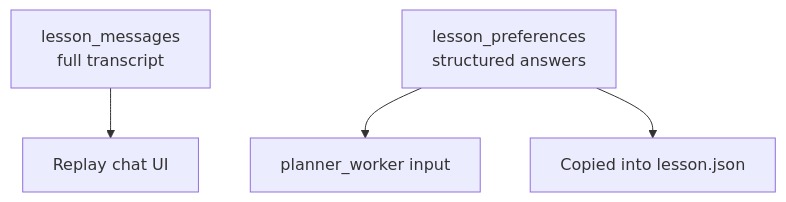
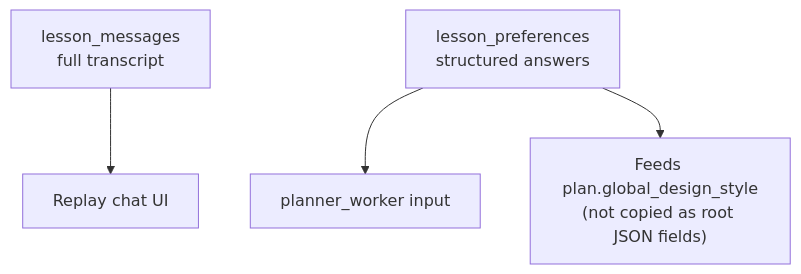
Before and after one commit to BasselSallam2/teacher-mock: the third of 5 diagrams in docs/architecture/04-database.md, drawn with Mermaid. The commit also changed other lines of this file and 13 other files, not shown here.

````diff
--- a/docs/architecture/04-database.md
+++ b/docs/architecture/04-database.md
@@ -188,6 +185,6 @@
 ```mermaid
 flowchart TB
   Messages["lesson_messages\nfull transcript"] --> ChatUX["Replay chat UI"]
   Prefs["lesson_preferences\nstructured answers"] --> Planner["planner_worker input"]
-  Prefs --> LessonJSON["Copied into lesson.json"]
+  Prefs --> Design["Feeds plan.global_design_style\n(not copied as root JSON fields)"]
 ```
````
